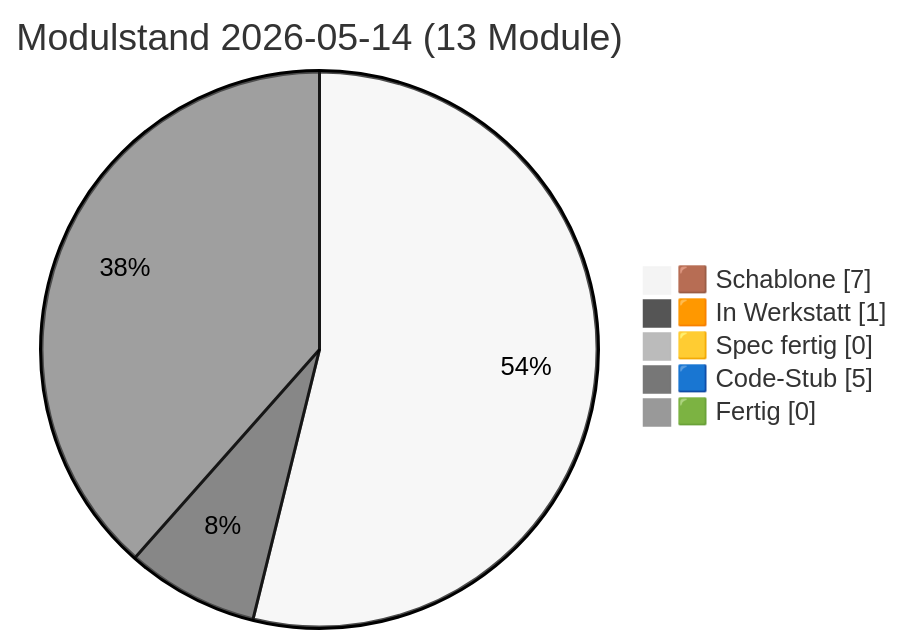
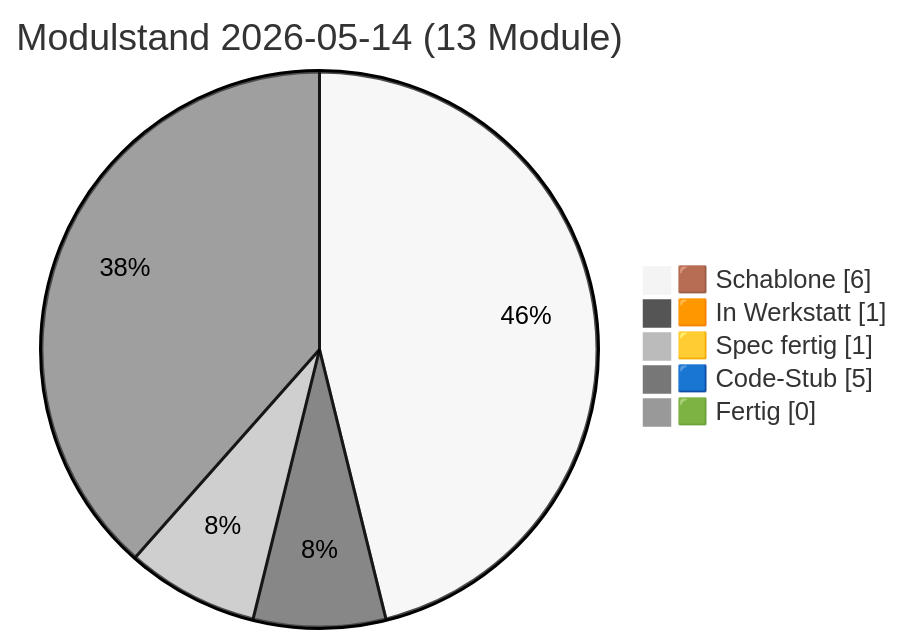
The diagram in docs/PULS.md (lausiklauskn-png/Sage-Protokol), drawn with Mermaid (neutral theme) before and after one commit. The commit also changed other lines of this file and 5 other files, not shown here.

````diff
--- a/docs/PULS.md
+++ b/docs/PULS.md
@@ -16,9 +16,9 @@
 ```mermaid
 pie showData
   title Modulstand 2026-05-14 (13 Module)
-  "🟫 Schablone" : 7
+  "🟫 Schablone" : 6
   "🟧 In Werkstatt" : 1
-  "🟨 Spec fertig" : 0
+  "🟨 Spec fertig" : 1
   "🟦 Code-Stub" : 5
   "🟩 Fertig" : 0
 ```
````
